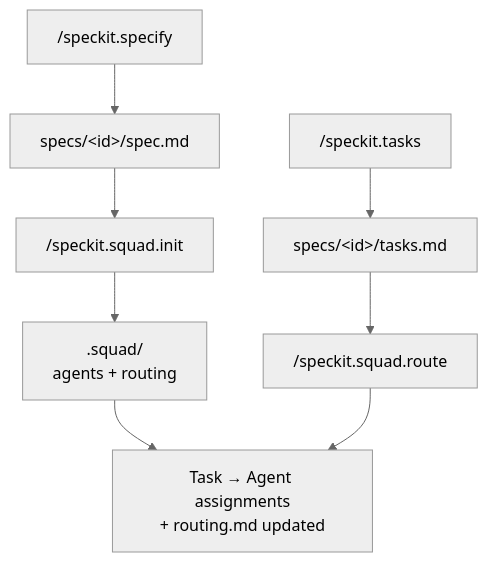
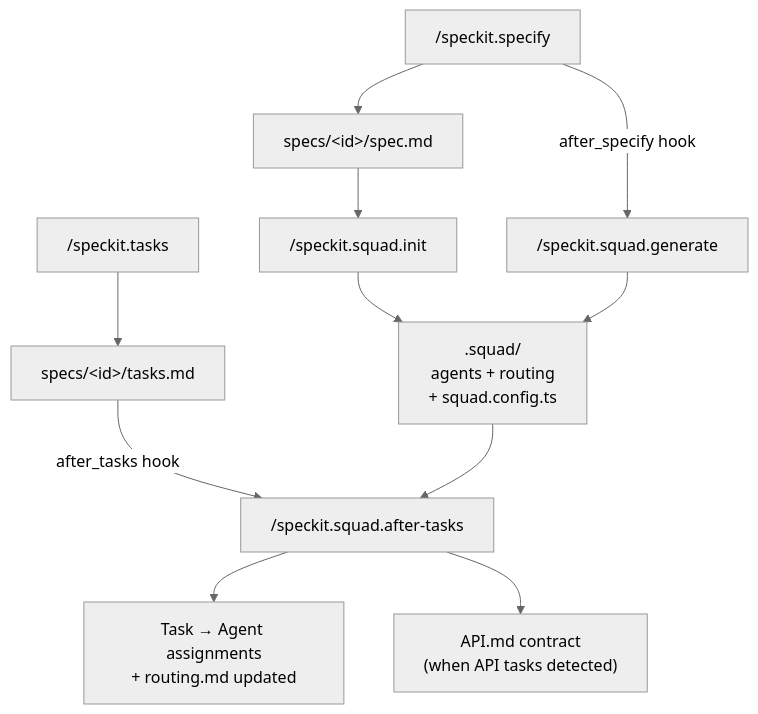
One commit to DouglasHennrich/spec-kit-squad changed the first of 2 diagrams in README.md. Above: the diagram before and after it, drawn with Mermaid (neutral theme). The commit also changed other lines of this file and 28 other files, not shown here.

````diff
--- a/README.md
+++ b/README.md
@@ -15,10 +15,13 @@
 ```mermaid
 flowchart TD
     A["/speckit.specify"] --> B["specs/&lt;id&gt;/spec.md"]
     B --> C["/speckit.squad.init"]
-    C --> D[".squad/\nagents + routing"]
+    C --> D[".squad/\nagents + routing\n+ squad.config.ts"]
+    A -->|"after_specify hook"| GEN["/speckit.squad.generate"]
+    GEN --> D
     E["/speckit.tasks"] --> F["specs/&lt;id&gt;/tasks.md"]
-    F --> G["/speckit.squad.route"]
-    D --> H["Task → Agent assignments\n+ routing.md updated"]
-    G --> H
+    F -->|"after_tasks hook"| AT["/speckit.squad.after-tasks"]
+    D --> AT
+    AT --> H["Task → Agent assignments\n+ routing.md updated"]
+    AT --> I["API.md contract\n(when API tasks detected)"]
 ```
````
